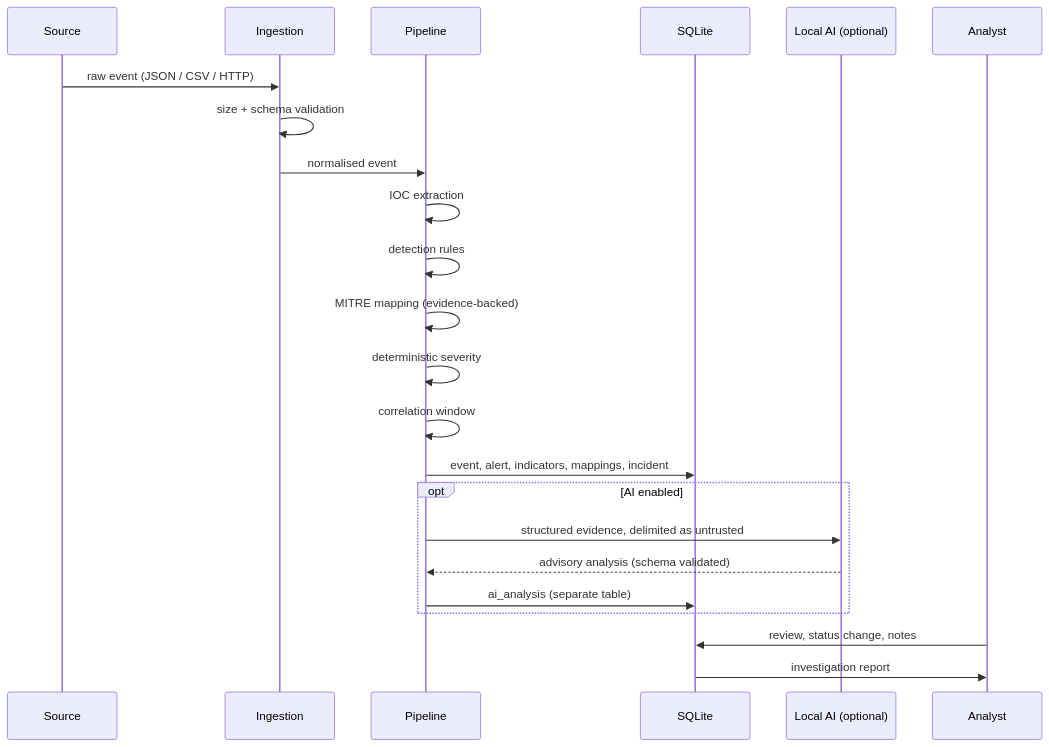
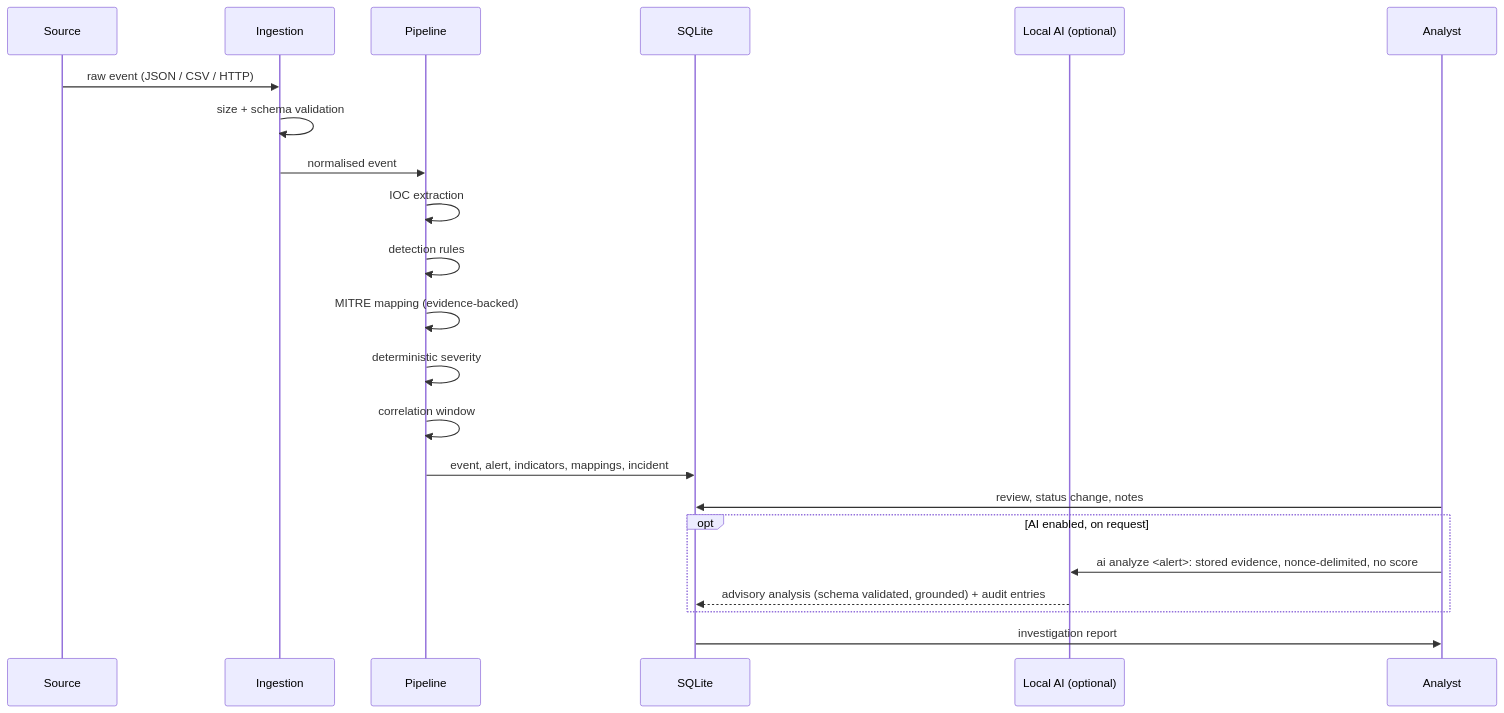
One commit to mpk201036/SentinelFlow changed the diagram in docs/architecture.md. Above: the diagram before and after it, drawn with Mermaid. The commit also changed other lines of this file and 39 other files, not shown here.

````diff
--- a/docs/architecture.md
+++ b/docs/architecture.md
@@ -38,26 +38,25 @@
 ```mermaid
 sequenceDiagram
     participant S as Source
     participant I as Ingestion
     participant P as Pipeline
     participant DB as SQLite
     participant AI as Local AI (optional)
     participant A as Analyst
 
     S->>I: raw event (JSON / CSV / HTTP)
     I->>I: size + schema validation
     I->>P: normalised event
     P->>P: IOC extraction
     P->>P: detection rules
     P->>P: MITRE mapping (evidence-backed)
     P->>P: deterministic severity
     P->>P: correlation window
     P->>DB: event, alert, indicators, mappings, incident
-    opt AI enabled
-        P->>AI: structured evidence, delimited as untrusted
-        AI-->>P: advisory analysis (schema validated)
-        P->>DB: ai_analysis (separate table)
+    A->>DB: review, status change, notes
+    opt AI enabled, on request
+        A->>AI: ai analyze <alert>: stored evidence, nonce-delimited, no score
+        AI-->>DB: advisory analysis (schema validated, grounded) + audit entries
     end
-    A->>DB: review, status change, notes
     DB->>A: investigation report
 ```
````
